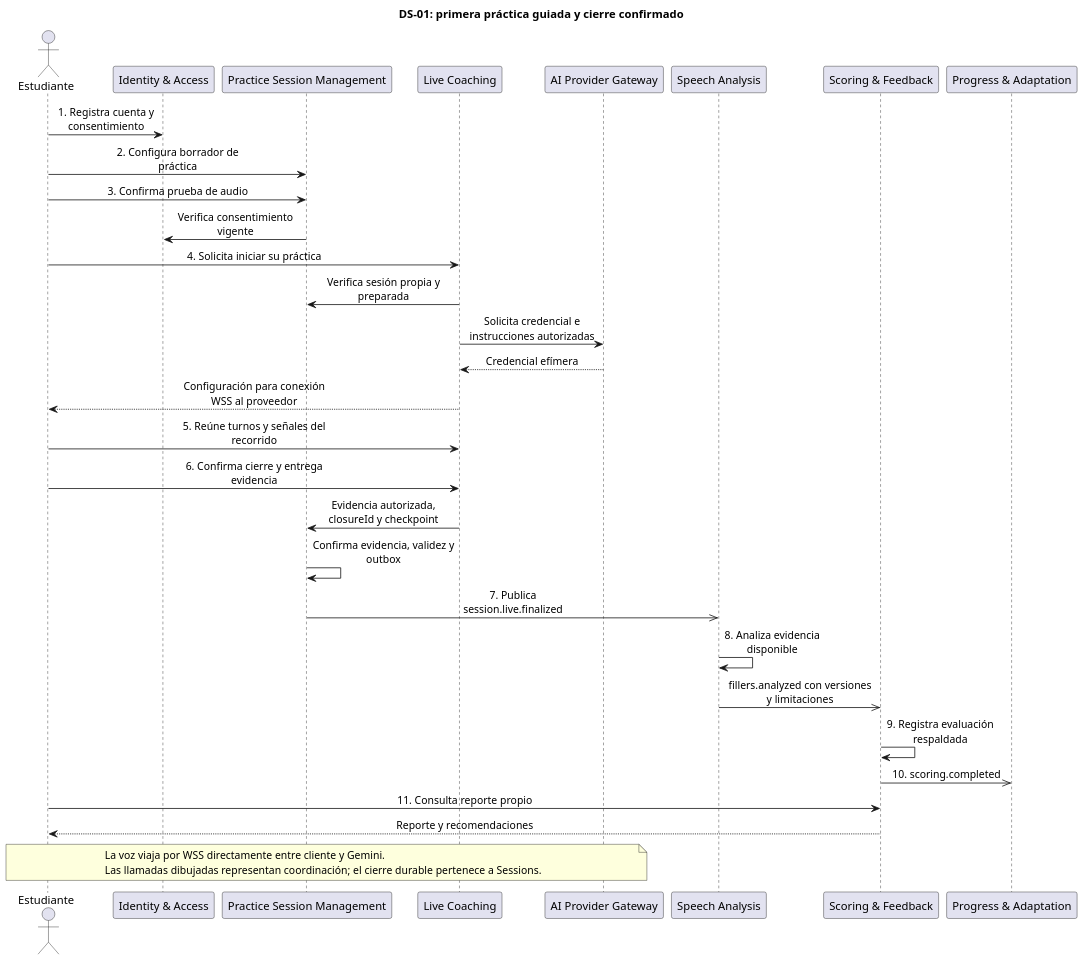
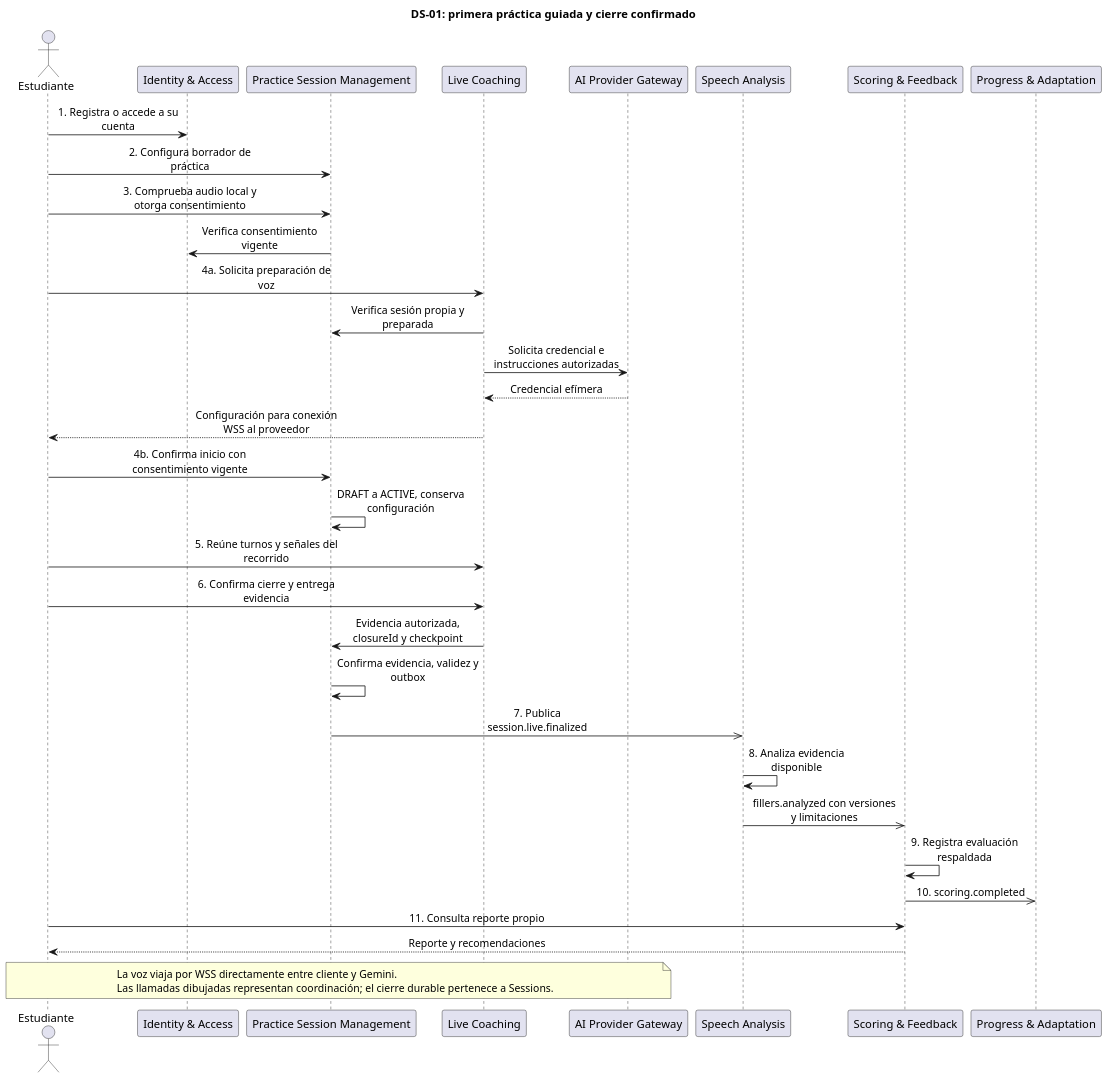
Before and after one commit to upc-pre-202620-si728-16365-thropic/talki-project-report: the diagram in assets/diagrams/c4/practice-story-sequence.puml, drawn with PlantUML. The commit also changed 23 other files, not shown here.

```diff
--- a/assets/diagrams/c4/practice-story-sequence.puml
+++ b/assets/diagrams/c4/practice-story-sequence.puml
@@ -1,39 +1,41 @@
 @startuml
 skinparam defaultFontName Arial
 skinparam dpi 140
 skinparam sequenceMessageAlign center
 skinparam maxMessageSize 180
 title DS-01: primera práctica guiada y cierre confirmado
 actor Estudiante as student
 participant "Identity & Access" as identity
 participant "Practice Session Management" as sessions
 participant "Live Coaching" as live
 participant "AI Provider Gateway" as ai
 participant "Speech Analysis" as analysis
 participant "Scoring & Feedback" as scoring
 participant "Progress & Adaptation" as progress
-student -> identity : 1. Registra cuenta y consentimiento
+student -> identity : 1. Registra o accede a su cuenta
 student -> sessions : 2. Configura borrador de práctica
-student -> sessions : 3. Confirma prueba de audio
+student -> sessions : 3. Comprueba audio local y otorga consentimiento
 sessions -> identity : Verifica consentimiento vigente
-student -> live : 4. Solicita iniciar su práctica
+student -> live : 4a. Solicita preparación de voz
 live -> sessions : Verifica sesión propia y preparada
 live -> ai : Solicita credencial e instrucciones autorizadas
 ai --> live : Credencial efímera
 live --> student : Configuración para conexión WSS al proveedor
+student -> sessions : 4b. Confirma inicio con consentimiento vigente
+sessions -> sessions : DRAFT a ACTIVE, conserva configuración
 student -> live : 5. Reúne turnos y señales del recorrido
 student -> live : 6. Confirma cierre y entrega evidencia
 live -> sessions : Evidencia autorizada, closureId y checkpoint
 sessions -> sessions : Confirma evidencia, validez y outbox
 sessions ->> analysis : 7. Publica session.live.finalized
 analysis -> analysis : 8. Analiza evidencia disponible
 analysis ->> scoring : fillers.analyzed con versiones y limitaciones
 scoring -> scoring : 9. Registra evaluación respaldada
 scoring ->> progress : 10. scoring.completed
 student -> scoring : 11. Consulta reporte propio
 scoring --> student : Reporte y recomendaciones
 note over student, ai
 La voz viaja por WSS directamente entre cliente y Gemini.
 Las llamadas dibujadas representan coordinación; el cierre durable pertenece a Sessions.
 end note
 @enduml
```
